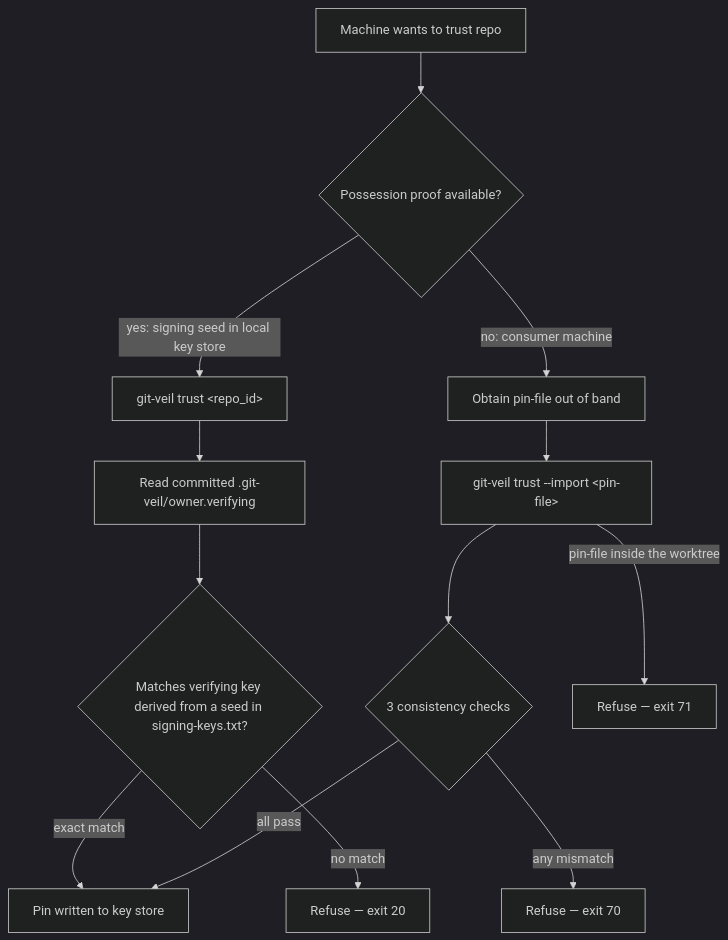
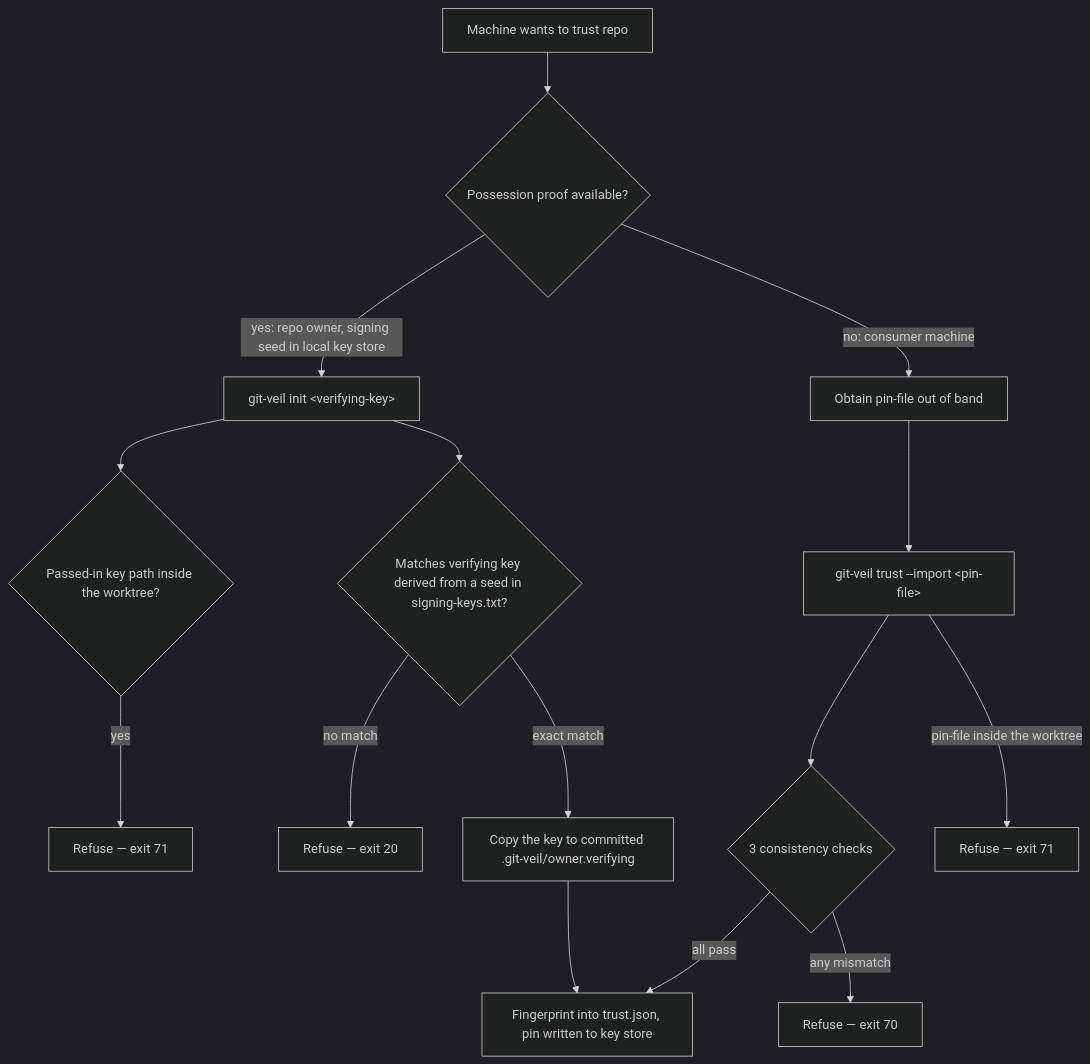
One commit to prompt-cult/git-veil changed the first of 2 diagrams in docs/trust-model.md. Above: the diagram before and after it, drawn with Mermaid (dark theme). The commit also changed other lines of this file and 24 other files, not shown here.

First line of the commit message:
feat!: init takes the owner verifying key and runs the pin ceremony (closes #61)

````diff
--- a/docs/trust-model.md
+++ b/docs/trust-model.md
@@ -11,15 +11,17 @@
 ```mermaid
 flowchart TD
   A["Machine wants to trust repo"] --> B{"Possession proof available?"}
-  B -- "yes: signing seed in local key store" --> C["git-veil trust &lt;repo_id&gt;"]
+  B -- "yes: repo owner, signing seed in local key store" --> C["git-veil init &lt;verifying-key&gt;"]
   B -- "no: consumer machine" --> D["Obtain pin-file out of band"]
-  C --> E["Read committed .git-veil/owner.verifying"]
-  E --> F{"Matches verifying key derived from a seed in signing-keys.txt?"}
-  F -- "exact match" --> G["Pin written to key store"]
-  F -- "no match" --> X1["Refuse — exit 20"]
+  C --> C2{"Passed-in key path inside the worktree?"}
+  C2 -- "yes" --> X0["Refuse — exit 71"]
+  C --> C3{"Matches verifying key derived from a seed in signing-keys.txt?"}
+  C3 -- "no match" --> X1["Refuse — exit 20"]
+  C3 -- "exact match" --> E["Copy the key to committed .git-veil/owner.verifying"]
+  E --> G["Fingerprint into trust.json, pin written to key store"]
   D --> H["git-veil trust --import &lt;pin-file&gt;"]
   H --> I{"3 consistency checks"}
   I -- "all pass" --> G
   I -- "any mismatch" --> X2["Refuse — exit 70"]
   H -- "pin-file inside the worktree" --> X3["Refuse — exit 71"]
 ```
````
